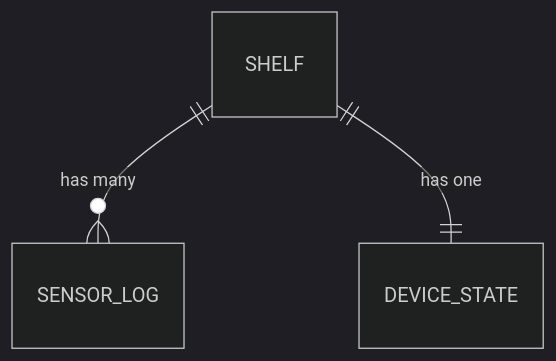
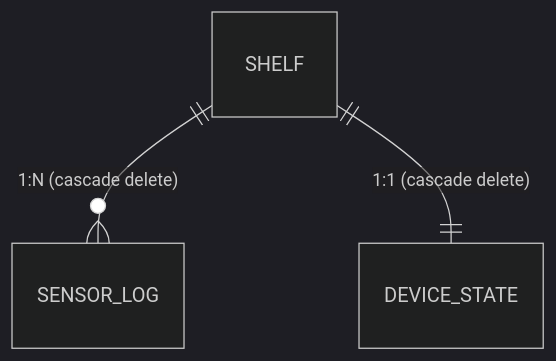
The diagram in backend/PROJECT_SPEC.md (Aibek-koken/TamyrGrow), drawn with Mermaid (dark theme) before and after one commit. The commit also changed other lines of this file and 3 other files, not shown here.

First line of the commit message:
Update PROJECT_SPEC.md to reflect current implementation and architecture of Tamyr Frontend

````diff
--- a/backend/PROJECT_SPEC.md
+++ b/backend/PROJECT_SPEC.md
@@ -114,5 +209,5 @@
 ```mermaid
 erDiagram
-    SHELF ||--o{ SENSOR_LOG : "has many"
-    SHELF ||--|| DEVICE_STATE : "has one"
+    SHELF ||--o{ SENSOR_LOG : "1:N (cascade delete)"
+    SHELF ||--|| DEVICE_STATE : "1:1 (cascade delete)"
 ```
````
